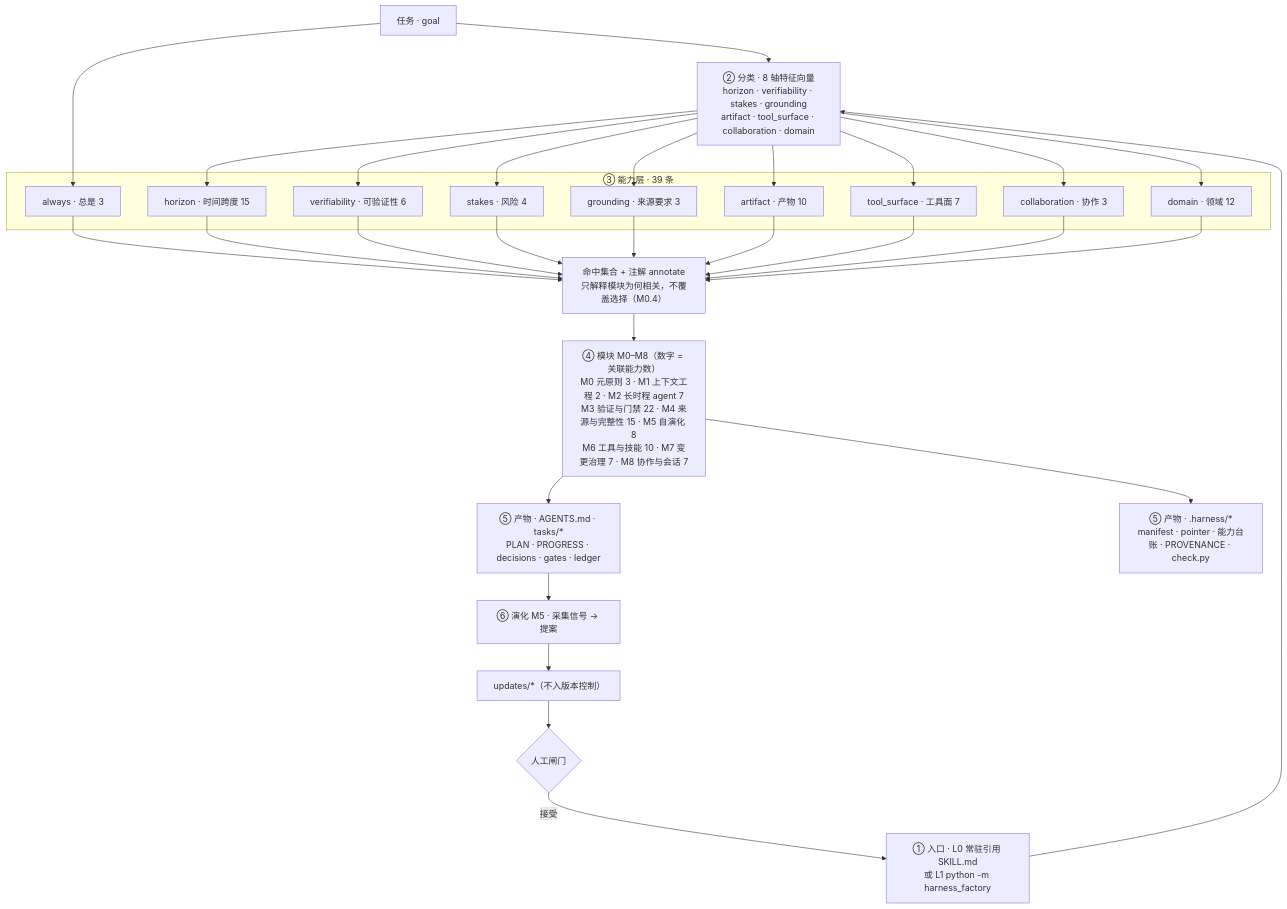
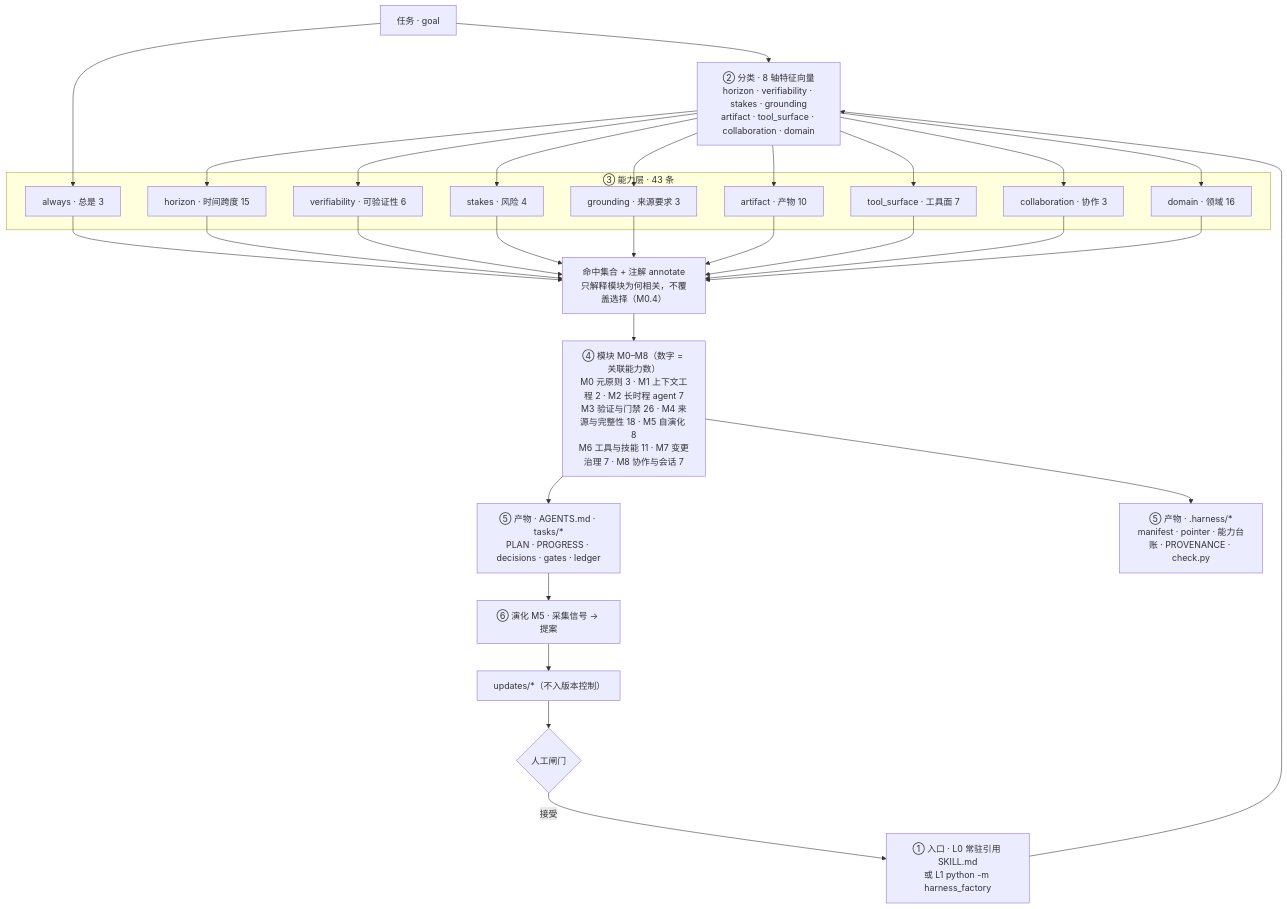
One commit to LengyanReader/research_foodie changed the diagram in harness_factory/HARNESS-MAP.md. Above: the diagram before and after it, drawn with Mermaid. The commit also changed other lines of this file and 11 other files, not shown here.

````diff
--- a/harness_factory/HARNESS-MAP.md
+++ b/harness_factory/HARNESS-MAP.md
@@ -43,51 +43,51 @@
 ```mermaid
 flowchart TD
     T["任务 · goal"]
     REF["① 入口 · L0 常驻引用 SKILL.md<br/>或 L1 python -m harness_factory"]
     V["② 分类 · 8 轴特征向量<br/>horizon · verifiability · stakes · grounding<br/>artifact · tool_surface · collaboration · domain"]
-    subgraph CAPS["③ 能力层 · 39 条"]
+    subgraph CAPS["③ 能力层 · 43 条"]
         A0["always · 总是 3"]
         A1["horizon · 时间跨度 15"]
         A2["verifiability · 可验证性 6"]
         A3["stakes · 风险 4"]
         A4["grounding · 来源要求 3"]
         A5["artifact · 产物 10"]
         A6["tool_surface · 工具面 7"]
         A7["collaboration · 协作 3"]
-        A8["domain · 领域 12"]
+        A8["domain · 领域 16"]
     end
     M["命中集合 + 注解 annotate<br/>只解释模块为何相关，不覆盖选择（M0.4）"]
-    MODS["④ 模块 M0–M8（数字 = 关联能力数）<br/>M0 元原则 3 · M1 上下文工程 2 · M2 长时程 agent 7<br/>M3 验证与门禁 22 · M4 来源与完整性 15 · M5 自演化 8<br/>M6 工具与技能 10 · M7 变更治理 7 · M8 协作与会话 7"]
+    MODS["④ 模块 M0–M8（数字 = 关联能力数）<br/>M0 元原则 3 · M1 上下文工程 2 · M2 长时程 agent 7<br/>M3 验证与门禁 26 · M4 来源与完整性 18 · M5 自演化 8<br/>M6 工具与技能 11 · M7 变更治理 7 · M8 协作与会话 7"]
     O1["⑤ 产物 · AGENTS.md · tasks/*<br/>PLAN · PROGRESS · decisions · gates · ledger"]
     O2["⑤ 产物 · .harness/*<br/>manifest · pointer · 能力台账 · PROVENANCE · check.py"]
     E["⑥ 演化 M5 · 采集信号 → 提案"]
     U["updates/*（不入版本控制）"]
     G{"人工闸门"}
     T --> V
     REF --> V
     T --> A0
     V --> A1
     V --> A2
     V --> A3
     V --> A4
     V --> A5
     V --> A6
     V --> A7
     V --> A8
     A0 --> M
     A1 --> M
     A2 --> M
     A3 --> M
     A4 --> M
     A5 --> M
     A6 --> M
     A7 --> M
     A8 --> M
     M --> MODS
     MODS --> O1
     MODS --> O2
     O1 --> E
     E --> U
     U --> G
     G -->|接受| REF
 ```
````
